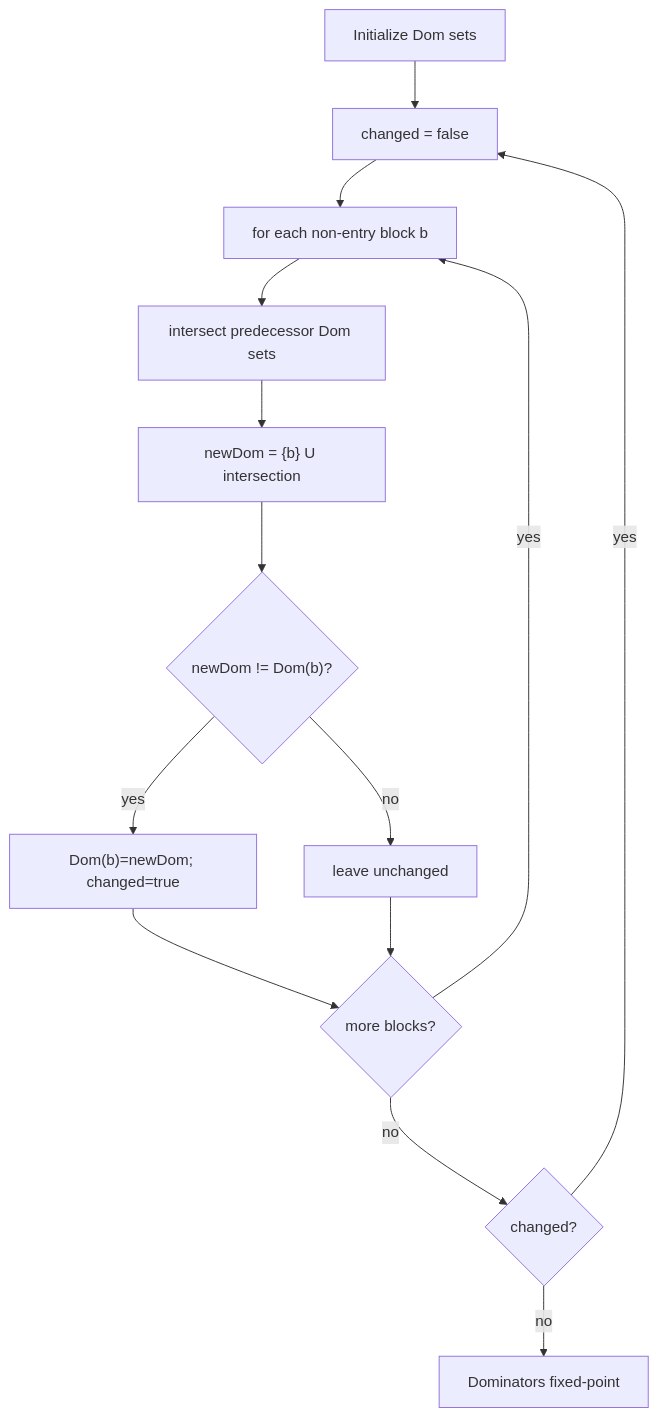
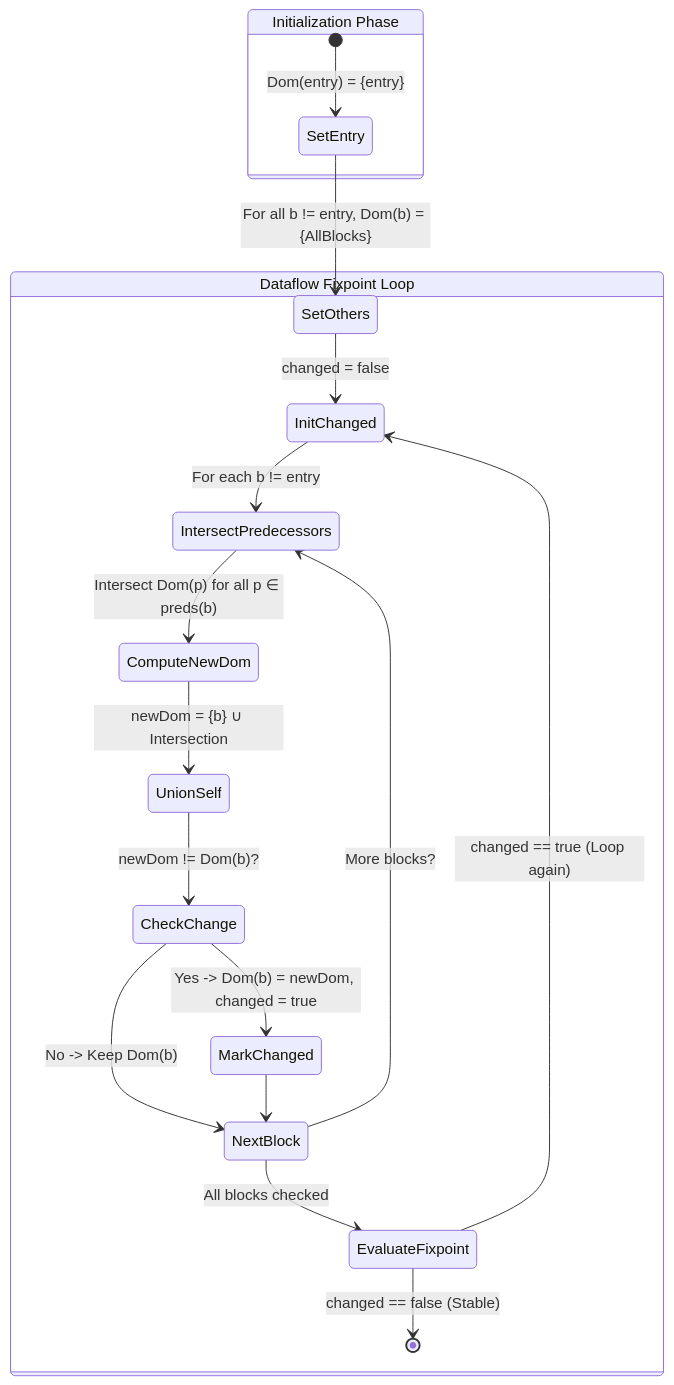
One commit to NitishM2022/MochaCompiler changed the first of 3 diagrams in docs/architecture/ssa-conversion.md. Above: the diagram before and after it, drawn with Mermaid. The commit also changed other lines of this file and 8 other files, not shown here.

Commit message:
redid all diagrams

````diff
--- a/docs/architecture/ssa-conversion.md
+++ b/docs/architecture/ssa-conversion.md
@@ -41,16 +41,26 @@
 ```mermaid
-flowchart TD
-    A["Initialize Dom sets"] --> B["changed = false"]
-    B --> C["for each non-entry block b"]
-    C --> D["intersect predecessor Dom sets"]
-    D --> E["newDom = {b} U intersection"]
-    E --> F{"newDom != Dom(b)?"}
-    F -- "yes" --> G["Dom(b)=newDom; changed=true"]
-    F -- "no" --> H["leave unchanged"]
-    G --> I{"more blocks?"}
-    H --> I
-    I -- "yes" --> C
-    I -- "no" --> J{"changed?"}
-    J -- "yes" --> B
-    J -- "no" --> K["Dominators fixed-point"]
+stateDiagram-v2
+    state "Initialization Phase" as Init {
+        [*] --> SetEntry : Dom(entry) = {entry}
+        SetEntry --> SetOthers : For all b != entry, Dom(b) = {AllBlocks}
+    }
+
+    state "Dataflow Fixpoint Loop" as Fixpoint {
+        SetOthers --> InitChanged : changed = false
+        InitChanged --> IntersectPredecessors : For each b != entry
+
+        IntersectPredecessors --> ComputeNewDom : Intersect Dom(p) for all p ∈ preds(b)
+        ComputeNewDom --> UnionSelf : newDom = {b} ∪ Intersection
+
+        UnionSelf --> CheckChange : newDom != Dom(b)?
+        CheckChange --> MarkChanged : Yes -> Dom(b) = newDom, changed = true
+        CheckChange --> NextBlock : No -> Keep Dom(b)
+
+        MarkChanged --> NextBlock
+        NextBlock --> IntersectPredecessors : More blocks?
+        NextBlock --> EvaluateFixpoint : All blocks checked
+
+        EvaluateFixpoint --> InitChanged : changed == true (Loop again)
+        EvaluateFixpoint --> [*] : changed == false (Stable)
+    }
 ```
````
